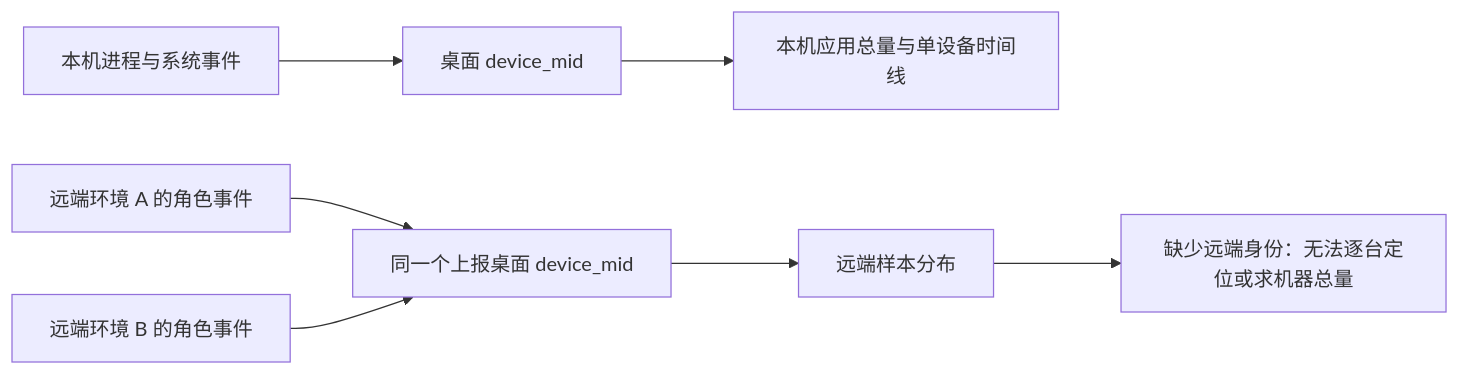
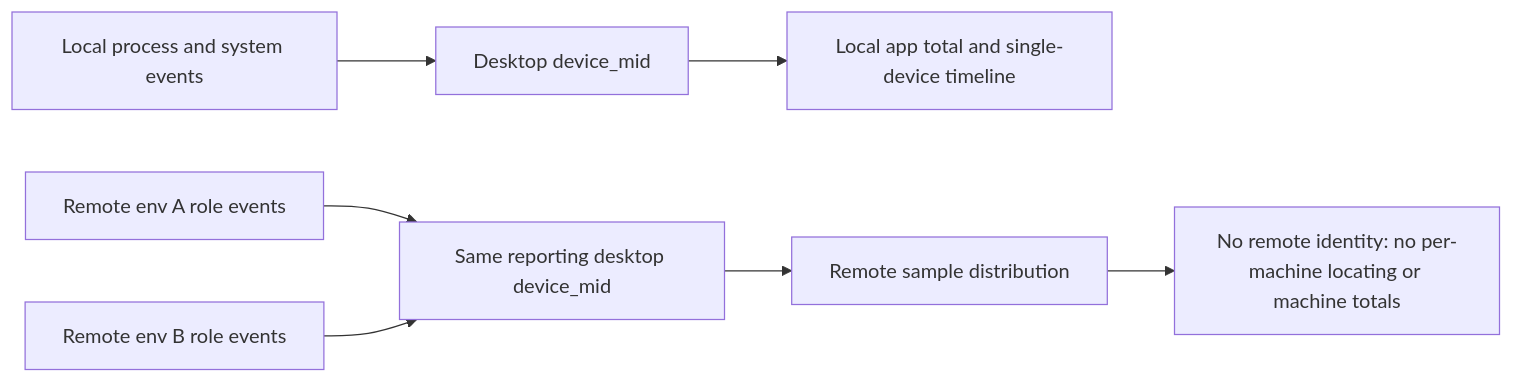
Before and after one commit to osben/ZCode: the diagram in docs/monitoring/dashboards/process-resource-dashboard-review.md, drawn with Mermaid. The commit also changed other lines of this file and 21 other files, not shown here.

````diff
--- a/docs/monitoring/dashboards/process-resource-dashboard-review.md
+++ b/docs/monitoring/dashboards/process-resource-dashboard-review.md
@@ -118,9 +157,9 @@
 ```mermaid
 flowchart LR
-    A[本机进程与系统事件] --> B[桌面 device_mid]
-    R1[远端环境 A 的角色事件] --> D[同一个上报桌面 device_mid]
-    R2[远端环境 B 的角色事件] --> D
-    B --> L[本机应用总量与单设备时间线]
-    D --> R[远端样本分布]
-    R --> X[缺少远端身份：无法逐台定位或求机器总量]
+    A[Local process and system events] --> B[Desktop device_mid]
+    R1[Remote env A role events] --> D[Same reporting desktop device_mid]
+    R2[Remote env B role events] --> D
+    B --> L[Local app total and single-device timeline]
+    D --> R[Remote sample distribution]
+    R --> X[No remote identity: no per-machine locating or machine totals]
 ```
````
